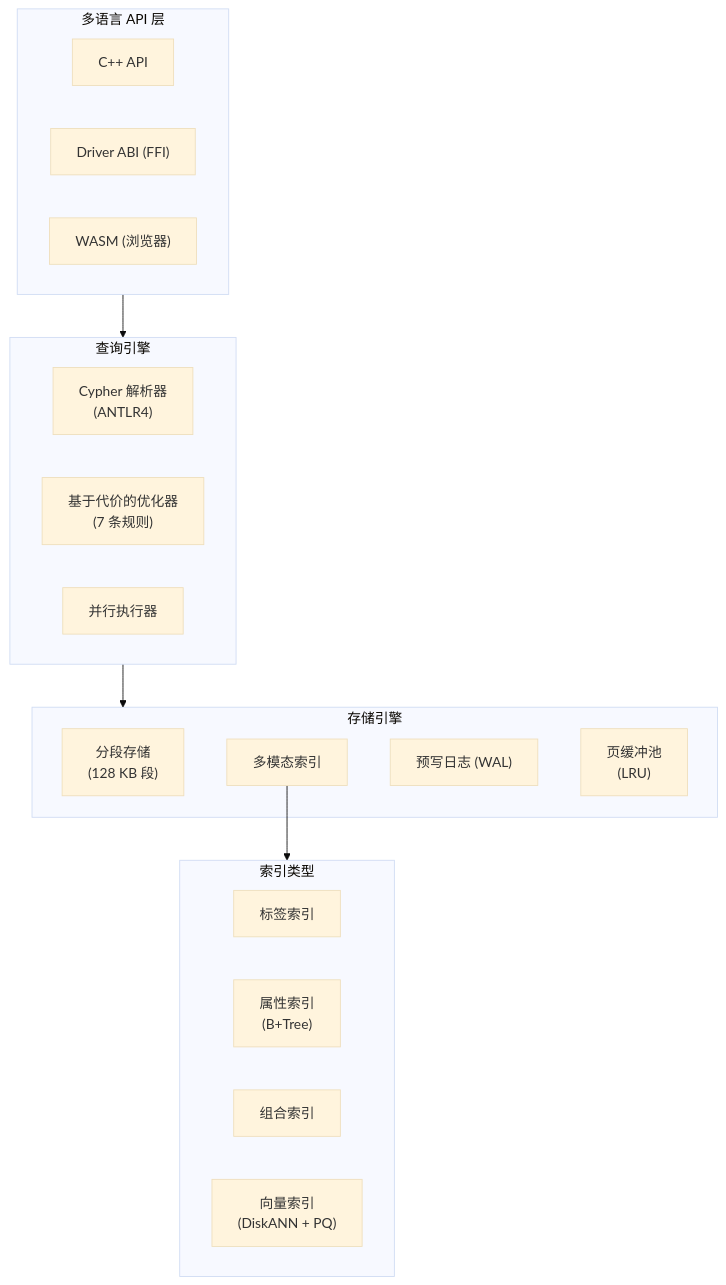
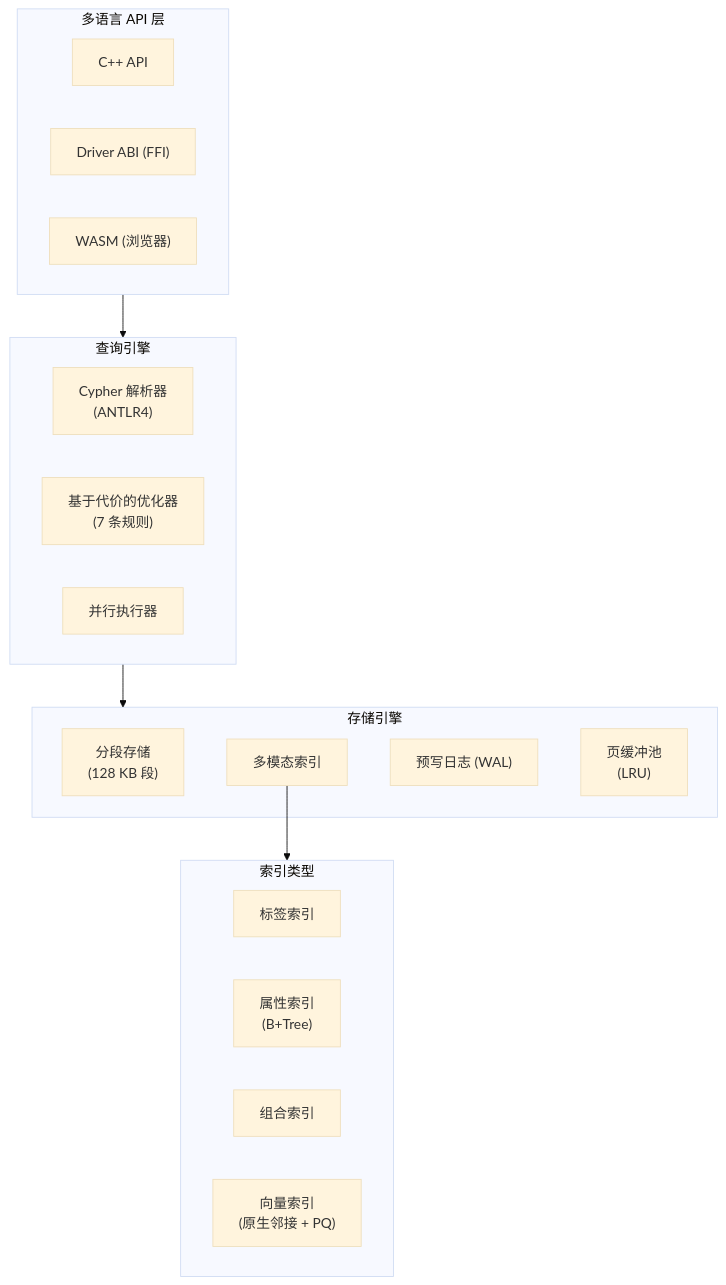
Before and after one commit to nexepic/zyx: the first of 4 diagrams in docs/apps/docs/content/docs/zh/zyx/user-guide/features.mdx, drawn with Mermaid (base theme). The commit also changed other lines of this file and 1349 other files, not shown here.

First line of the commit message:
Retire legacy storage and harden native graph persistence

````diff
--- a/docs/apps/docs/content/docs/zh/zyx/user-guide/features.mdx
+++ b/docs/apps/docs/content/docs/zh/zyx/user-guide/features.mdx
@@ -23,33 +23,33 @@
 ```mermaid
 flowchart TB
   subgraph API["多语言 API 层"]
     CPP["C++ API"]
     DRIVER["Driver ABI (FFI)"]
     WASM["WASM (浏览器)"]
   end
 
   subgraph QE["查询引擎"]
     Parser["Cypher 解析器\n(ANTLR4)"]
     Optimizer["基于代价的优化器\n(7 条规则)"]
     Executor["并行执行器"]
   end
 
   subgraph Storage["存储引擎"]
     Segments["分段存储\n(128 KB 段)"]
     Indexes["多模态索引"]
     WAL["预写日志 (WAL)"]
     Cache["页缓冲池\n(LRU)"]
   end
 
   subgraph Indexes_Detail["索引类型"]
     LI["标签索引"]
     PI["属性索引\n(B+Tree)"]
     CI["组合索引"]
-    VI["向量索引\n(DiskANN + PQ)"]
+    VI["向量索引\n(原生邻接 + PQ)"]
   end
 
   API --> QE
   QE --> Storage
   Indexes --> Indexes_Detail
 
 ```
````
